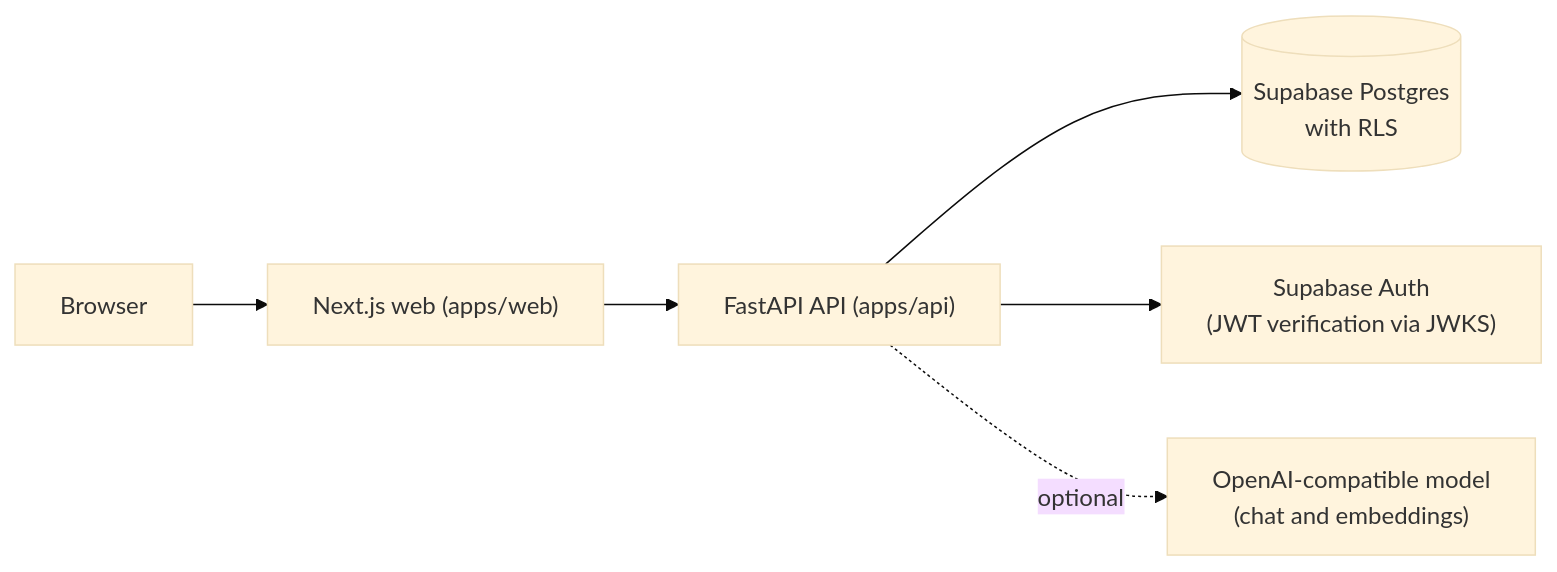
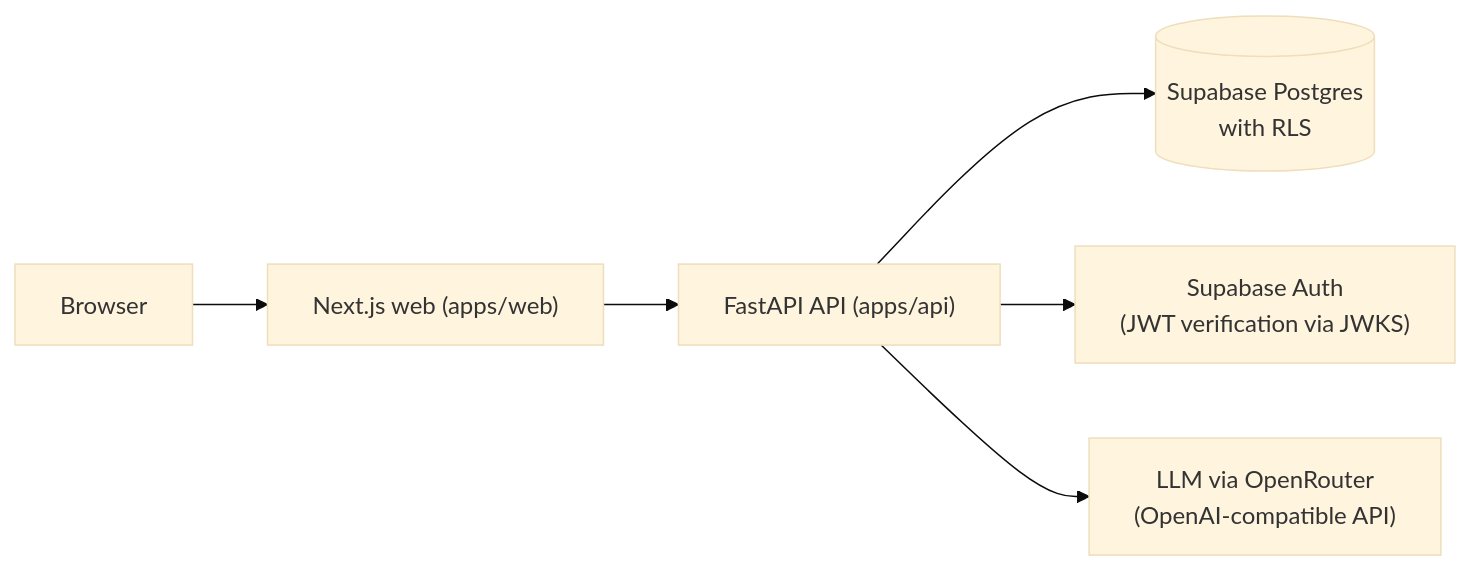
The diagram in README.md (jaymacode/toko-langkah), drawn with Mermaid (base theme) before and after one commit. The commit also changed other lines of this file and 32 other files, not shown here.

Commit message:
Run the assistant on OpenRouter only; Docker setup; drop tests and tooling from the repo

````diff
--- a/README.md
+++ b/README.md
@@ -69,8 +69,8 @@
 ```mermaid
 flowchart LR
     Browser --> Web["Next.js web (apps/web)"]
     Web --> API["FastAPI API (apps/api)"]
     API --> DB[("Supabase Postgres<br/>with RLS")]
     API --> Auth["Supabase Auth<br/>(JWT verification via JWKS)"]
-    API -.optional.-> Model["OpenAI-compatible model<br/>(chat and embeddings)"]
+    API --> Model["LLM via OpenRouter<br/>(OpenAI-compatible API)"]
 ```
````
